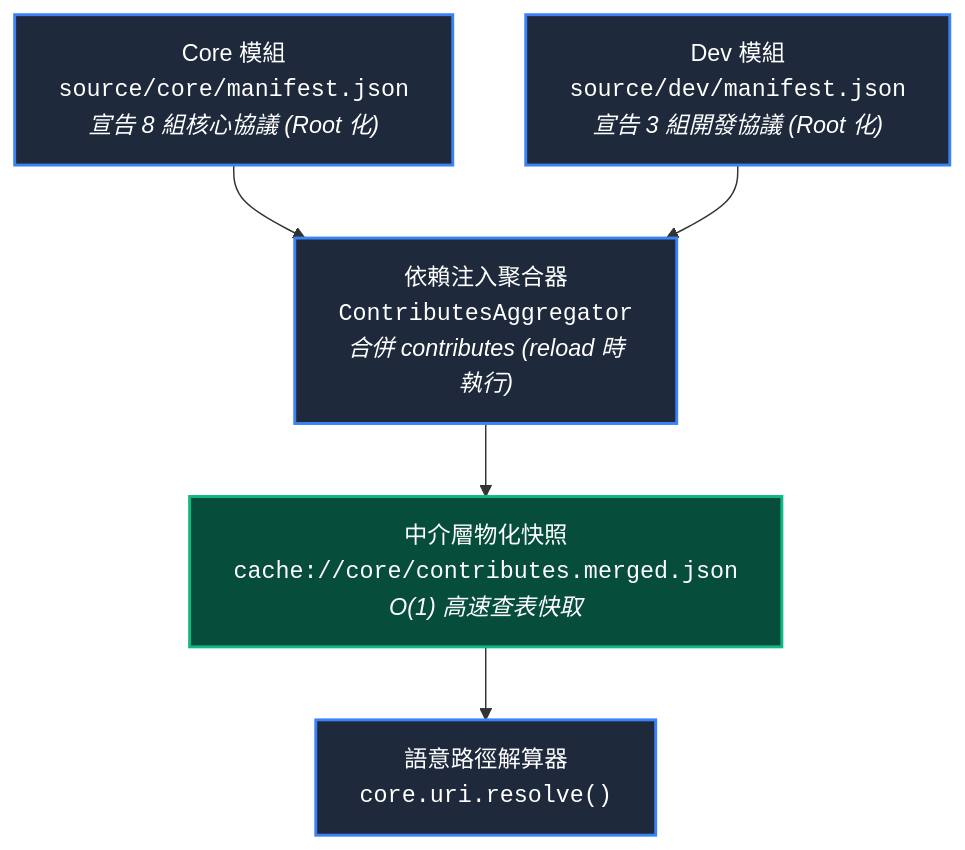
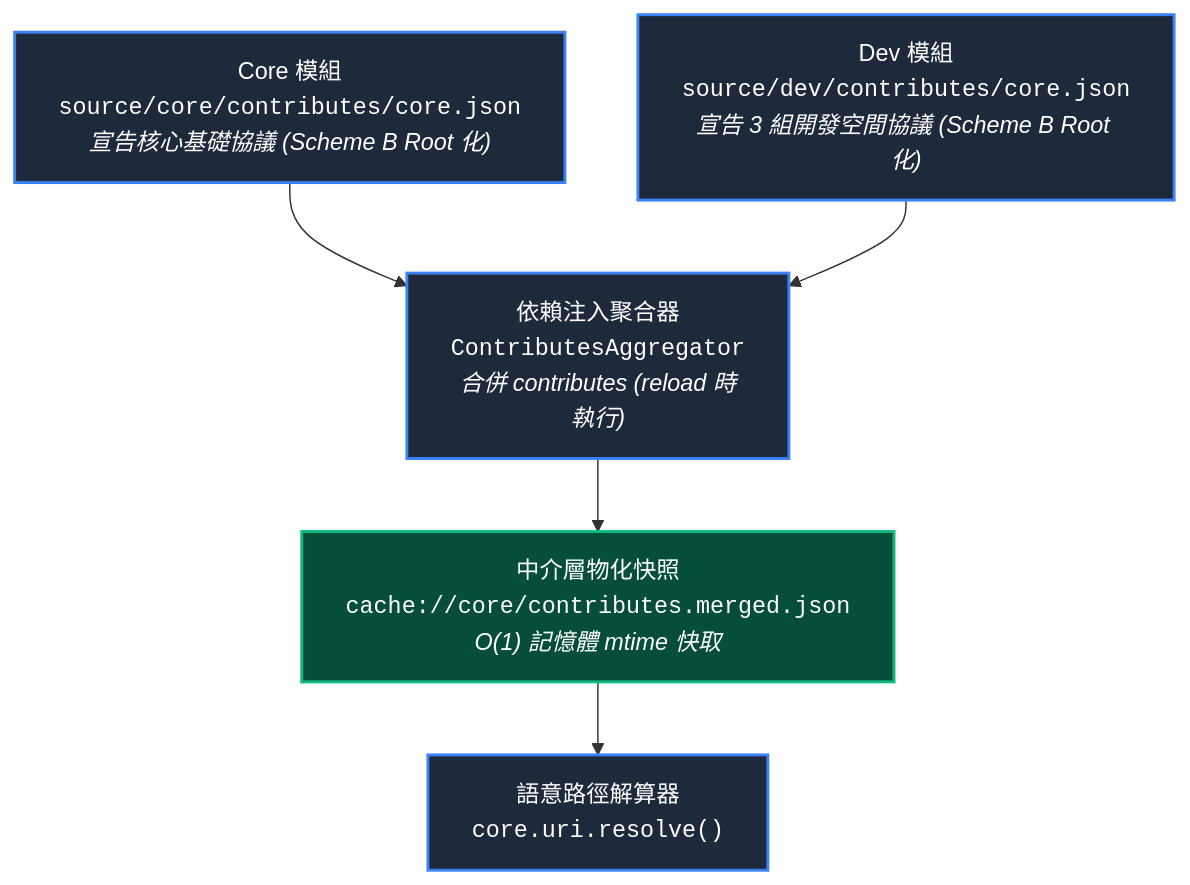
The diagram in docs/core/uri_protocols.md (ysnaive/ys-codebase), drawn with Mermaid before and after one commit. The commit also changed other lines of this file and 91 other files, not shown here.

````diff
--- a/docs/core/uri_protocols.md
+++ b/docs/core/uri_protocols.md
@@ -11,19 +26,19 @@
 ```mermaid
 graph TD
     classDef comp fill:#1e293b,stroke:#3b82f6,stroke-width:2px,color:#fff;
     classDef cache fill:#064e3b,stroke:#10b981,stroke-width:2px,color:#fff;
 
-    M1["Core 模組<br/><code>source/core/manifest.json</code><br/><i>宣告 8 組核心協議 (Root 化)</i>"]:::comp
-    M2["Dev 模組<br/><code>source/dev/manifest.json</code><br/><i>宣告 3 組開發協議 (Root 化)</i>"]:::comp
+    M1["Core 模組<br/><code>source/core/contributes/core.json</code><br/><i>宣告核心基礎協議 (Scheme B Root 化)</i>"]:::comp
+    M2["Dev 模組<br/><code>source/dev/contributes/core.json</code><br/><i>宣告 3 組開發空間協議 (Scheme B Root 化)</i>"]:::comp
     
     Aggregator["依賴注入聚合器<br/><code>ContributesAggregator</code><br/><i>合併 contributes (reload 時執行)</i>"]:::comp
     
-    CacheFile["中介層物化快照<br/><code>cache://core/contributes.merged.json</code><br/><i>O(1) 高速查表快取</i>"]:::cache
+    CacheFile["中介層物化快照<br/><code>cache://core/contributes.merged.json</code><br/><i>O(1) 記憶體 mtime 快取</i>"]:::cache
     
     Resolver["語意路徑解算器<br/><code>core.uri.resolve()</code>"]:::comp
 
     M1 --> Aggregator
     M2 --> Aggregator
     Aggregator --> CacheFile
     CacheFile --> Resolver
 ```
````
